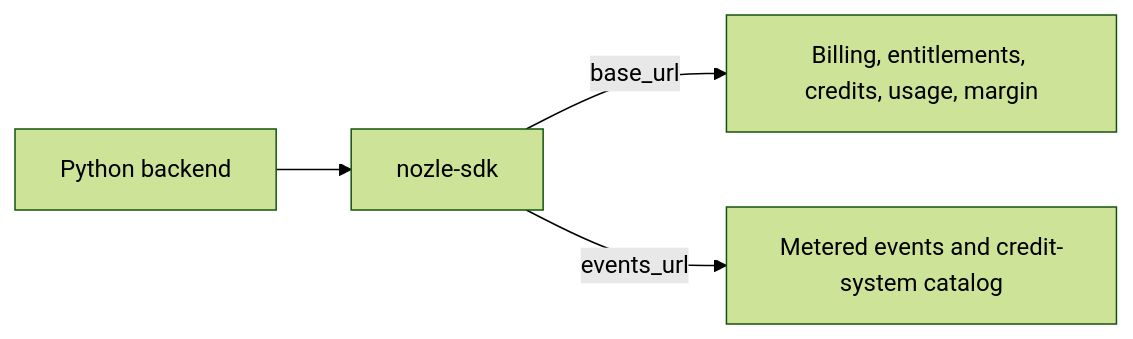
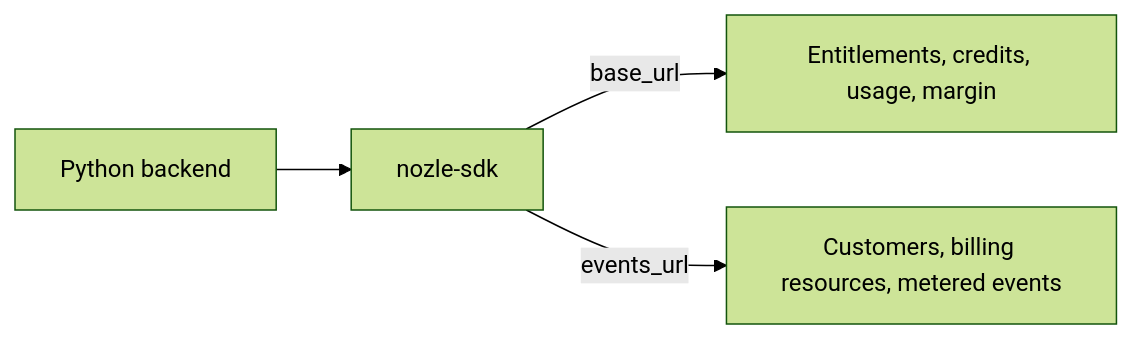
The diagram in sdks/python/installation.mdx (nozle-dev/NozleDocs), drawn with Mermaid (forest theme) before and after one commit. The commit also changed other lines of this file and 4 other files, not shown here.

````diff
--- a/sdks/python/installation.mdx
+++ b/sdks/python/installation.mdx
@@ -38,6 +38,6 @@
 ```mermaid
 flowchart LR
   App[Python backend] --> SDK[nozle-sdk]
-  SDK -->|base_url| API[Billing, entitlements, credits, usage, margin]
-  SDK -->|events_url| Events[Metered events and credit-system catalog]
+  SDK -->|base_url| API[Entitlements, credits, usage, margin]
+  SDK -->|events_url| Core[Customers, billing resources, metered events]
 ```
````
